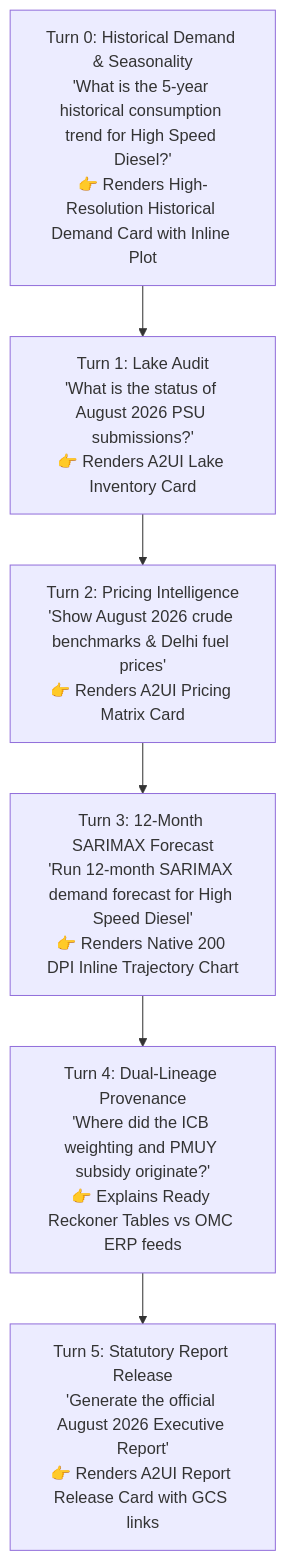
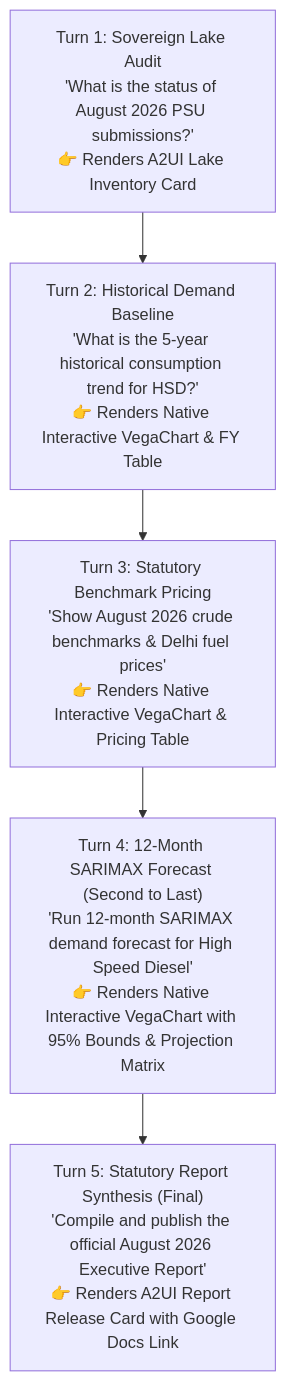
The diagram in README.md (amandeepsinghs-cyber/ppac-energy-intelligence-agent), drawn with Mermaid before and after one commit. The commit also changed other lines of this file and 8 other files, not shown here.

Commit message:
feat: native interactive Vega rendering for all cards and incremental README lifecycle

````diff
--- a/README.md
+++ b/README.md
@@ -74,11 +75,10 @@
 ```mermaid
 flowchart TD
-    Turn0["Turn 0: Historical Demand & Seasonality\n'What is the 5-year historical consumption trend for High Speed Diesel?'\n👉 Renders High-Resolution Historical Demand Card with Inline Plot"]
-    Turn1["Turn 1: Lake Audit\n'What is the status of August 2026 PSU submissions?'\n👉 Renders A2UI Lake Inventory Card"]
-    Turn2["Turn 2: Pricing Intelligence\n'Show August 2026 crude benchmarks & Delhi fuel prices'\n👉 Renders A2UI Pricing Matrix Card"]
-    Turn3["Turn 3: 12-Month SARIMAX Forecast\n'Run 12-month SARIMAX demand forecast for High Speed Diesel'\n👉 Renders Native 200 DPI Inline Trajectory Chart"]
-    Turn4["Turn 4: Dual-Lineage Provenance\n'Where did the ICB weighting and PMUY subsidy originate?'\n👉 Explains Ready Reckoner Tables vs OMC ERP feeds"]
-    Turn5["Turn 5: Statutory Report Release\n'Generate the official August 2026 Executive Report'\n👉 Renders A2UI Report Release Card with GCS links"]
+    Turn1["Turn 1: Sovereign Lake Audit\n'What is the status of August 2026 PSU submissions?'\n👉 Renders A2UI Lake Inventory Card"]
+    Turn2["Turn 2: Historical Demand Baseline\n'What is the 5-year historical consumption trend for HSD?'\n👉 Renders Native Interactive VegaChart & FY Table"]
+    Turn3["Turn 3: Statutory Benchmark Pricing\n'Show August 2026 crude benchmarks & Delhi fuel prices'\n👉 Renders Native Interactive VegaChart & Pricing Table"]
+    Turn4["Turn 4: 12-Month SARIMAX Forecast (Second to Last)\n'Run 12-month SARIMAX demand forecast for High Speed Diesel'\n👉 Renders Native Interactive VegaChart with 95% Bounds & Projection Matrix"]
+    Turn5["Turn 5: Statutory Report Synthesis (Final)\n'Compile and publish the official August 2026 Executive Report'\n👉 Renders A2UI Report Release Card with Google Docs Link"]
 
-    Turn0 --> Turn1 --> Turn2 --> Turn3 --> Turn4 --> Turn5
+    Turn1 --> Turn2 --> Turn3 --> Turn4 --> Turn5
 ```
````
